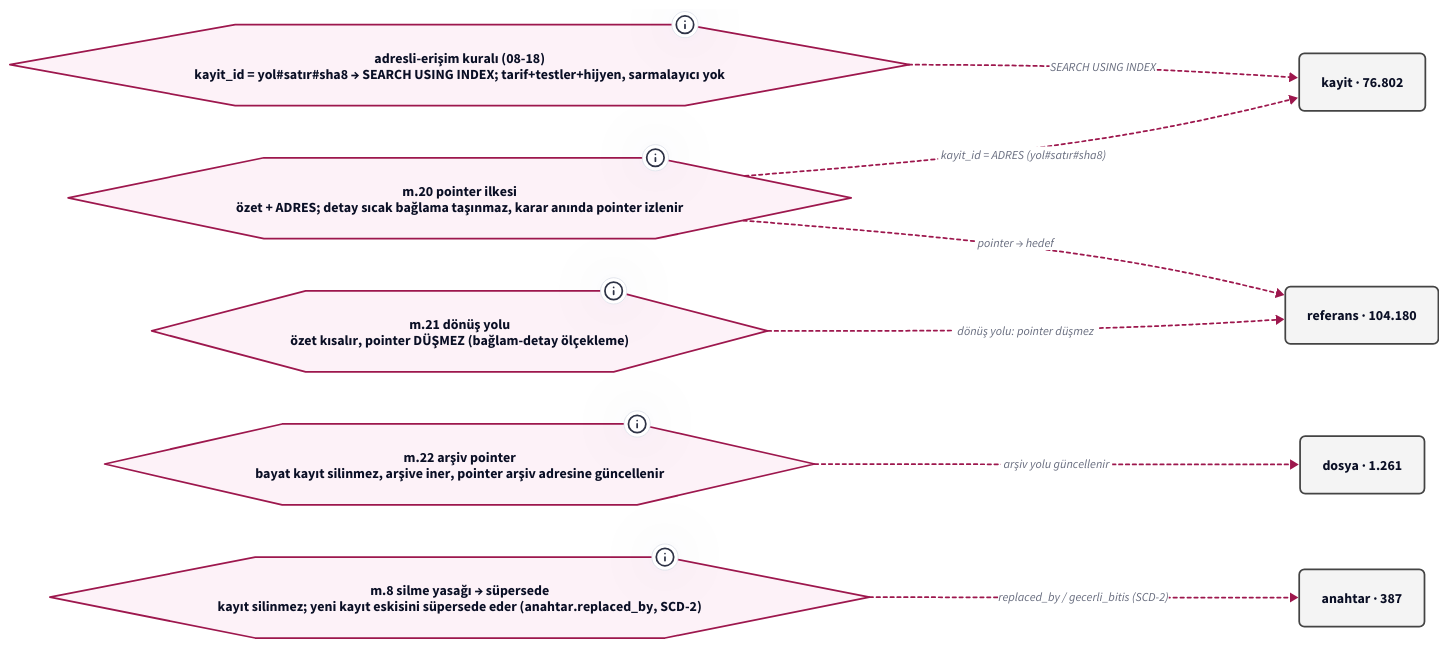
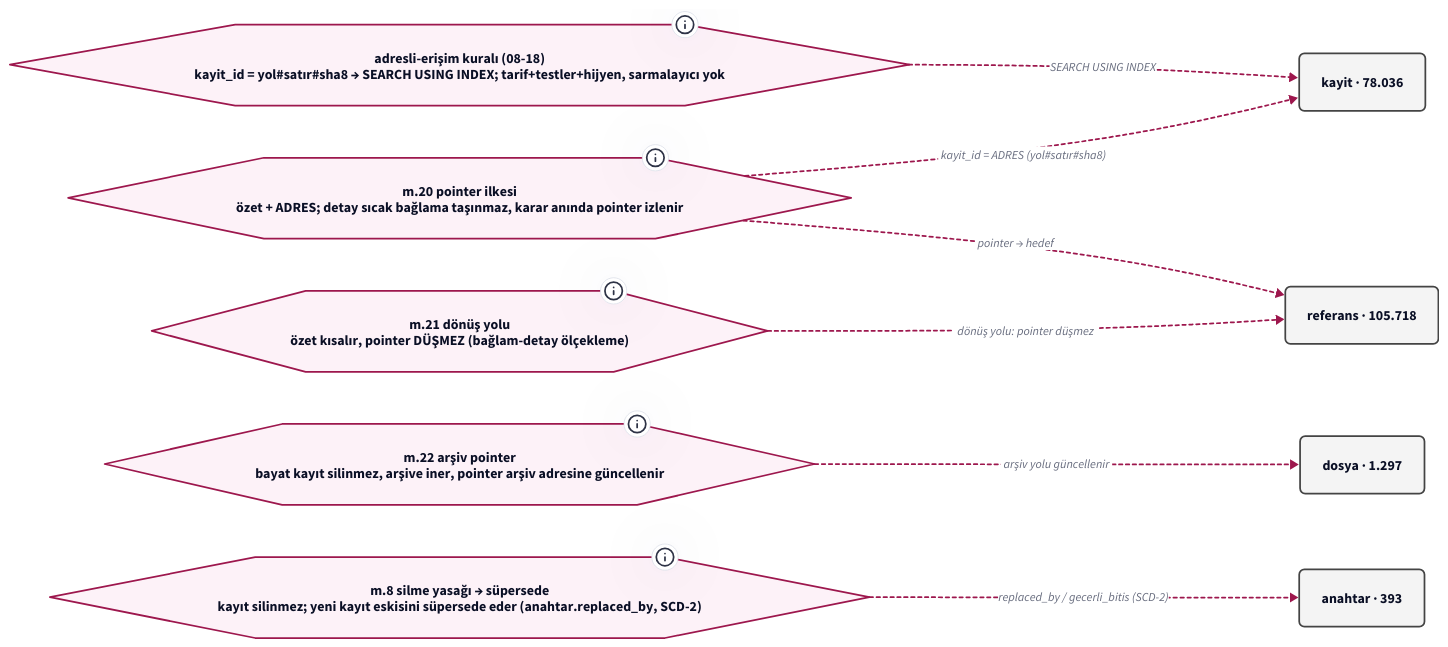
Before and after one commit to salihsahinin/sistem: the diagram in jarvis/graf/pointer-sistemi-v0-ilke.d2, drawn with D2. The commit also changed 74 other files, not shown here.

Commit message:
[icra] Session close 2026-10-27-jarvis: Claude mods jarvis-oda v0.2 + jarvis-graf, Decision 126, smoke test passed; session record, flow graph, movement log, silver health, memory mirror

```diff
--- a/jarvis/graf/pointer-sistemi-v0-ilke.d2
+++ b/jarvis/graf/pointer-sistemi-v0-ilke.d2
@@ -1,33 +1,33 @@
 # Jarvis POINTER SİSTEMİ — POINTER İLKESİ → MEKANİZMA (pano 3/4) (türetilmiş görünüm; ham kaynak silver/bronz)
-# üretici: tools/pointer-graf.py · silver 4faa507 · HEAD 4faa507 · d2 v0.9.0 · render: d2 --layout=elk (ELK bundled; TALA girmez; determinizm yerel sha256 ile ölçülür — Karar 65)
+# üretici: tools/pointer-graf.py · silver a0a950f · HEAD a0a950f · d2 v0.9.0 · render: d2 --layout=elk (ELK bundled; TALA girmez; determinizm yerel sha256 ile ölçülür — Karar 65)
 # içerik katmanı: düğüm/kenar = silver'dan script türetimi (LLM yazmaz); ilke/kronoloji = kanon SABİTİ (pointer'lı, script içinde); yorum katmanı = bu # satırları
 direction: right
 classes: {
   kutu: { style: { fill: "#F4F4F4"; stroke: "#444444"; font-size: 16; border-radius: 6 } }
   pointer: { style: { fill: "#E8F0FE"; stroke: "#1A56DB"; border-radius: 6 } }
   anahtar: { style: { fill: "#FFF4E5"; stroke: "#B45309"; border-radius: 6 } }
   hat: { style: { fill: "#ECFDF5"; stroke: "#047857"; bold: true; border-radius: 6 } }
   ilke: { shape: hexagon; style: { fill: "#FDF2F8"; stroke: "#9D174D" } }
   kron: { shape: page; style: { fill: "#FFFFFF"; stroke: "#6B7280" } }
   dis: { shape: cloud; style: { fill: "#FAFAFA"; stroke: "#9CA3AF" } }
   kirik: { style: { stroke: "#DC2626"; stroke-dash: 3; font-size: 14 } }
   supersede: { style: { stroke: "#B45309"; stroke-dash: 5 } }
   fk: { style: { stroke: "#444444"; font-size: 14 } }
   turetir: { style: { stroke: "#047857"; stroke-width: 3 } }
   uygular: { style: { stroke: "#9D174D"; stroke-dash: 2; font-size: 14 } }
 }
 adres: "adresli-erişim kuralı (08-18)\nkayit_id = yol#satır#sha8 → SEARCH USING INDEX; tarif+testler+hijyen, sarmalayıcı yok" { class: ilke; tooltip: "KILAVUZ.md tasarım-ilkeleri · kuyruk/senaryo-defteri.md Karar 62" }
 m20: "m.20 pointer ilkesi\nözet + ADRES; detay sıcak bağlama taşınmaz, karar anında pointer izlenir" { class: ilke; tooltip: "core/tuzuk-v0.md m.20 · wiki/pointer-sistemi.md" }
 m21: "m.21 dönüş yolu\nözet kısalır, pointer DÜŞMEZ (bağlam-detay ölçekleme)" { class: ilke; tooltip: "core/tuzuk-v0.md m.21" }
 m22: "m.22 arşiv pointer\nbayat kayıt silinmez, arşive iner, pointer arşiv adresine güncellenir" { class: ilke; tooltip: "core/tuzuk-v0.md m.22" }
 m8: "m.8 silme yasağı → süpersede\nkayıt silinmez; yeni kayıt eskisini süpersede eder (anahtar.replaced_by, SCD-2)" { class: ilke; tooltip: "core/tuzuk-v0.md m.8 · core/baglam-anahtar-kaydi.md §3" }
-kayit: "kayit · 76.802" { class: kutu }
-referans: "referans · 104.180" { class: kutu }
-dosya: "dosya · 1.261" { class: kutu }
-anahtar: "anahtar · 387" { class: kutu }
+kayit: "kayit · 78.036" { class: kutu }
+referans: "referans · 105.718" { class: kutu }
+dosya: "dosya · 1.297" { class: kutu }
+anahtar: "anahtar · 393" { class: kutu }
 adres -> kayit: "SEARCH USING INDEX" { class: uygular }
 m20 -> kayit: "kayit_id = ADRES (yol#satır#sha8)" { class: uygular }
 m20 -> referans: "pointer → hedef" { class: uygular }
 m21 -> referans: "dönüş yolu: pointer düşmez" { class: uygular }
 m22 -> dosya: "arşiv yolu güncellenir" { class: uygular }
 m8 -> anahtar: "replaced_by / gecerli_bitis (SCD-2)" { class: uygular }
```
